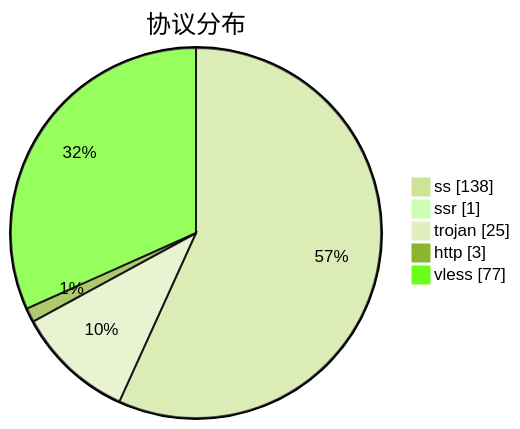
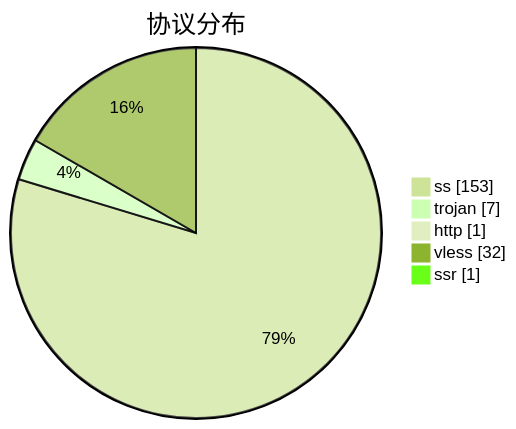
The third of 3 diagrams in subs/statistics/tested_within.md (qjlxg/airport), drawn with Mermaid (forest theme) before and after one commit. The commit also changed other lines of this file and 2 other files, not shown here.

````diff
--- a/subs/statistics/tested_within.md
+++ b/subs/statistics/tested_within.md
@@ -17,9 +17,9 @@
 ```mermaid
 pie showData
 title 协议分布
-"ss" : 138
+"ss" : 153
+"trojan" : 7
+"http" : 1
+"vless" : 32
 "ssr" : 1
-"trojan" : 25
-"http" : 3
-"vless" : 77
 ```
````
